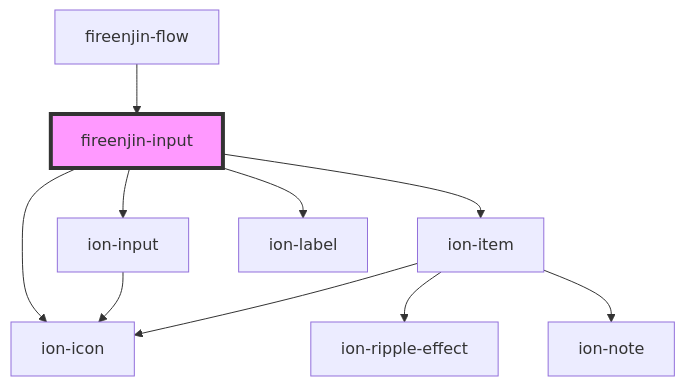
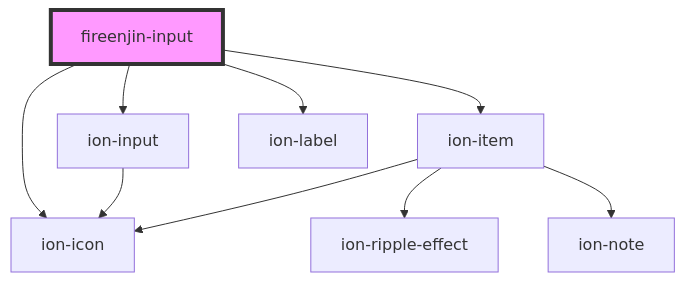
Before and after one commit to FireEnjin/Components: the diagram in src/components/input/readme.md, drawn with Mermaid. The commit also changed other lines of this file and 18 other files, not shown here.

````diff
--- a/src/components/input/readme.md
+++ b/src/components/input/readme.md
@@ -139,13 +135,12 @@
 ```mermaid
 graph TD;
   fireenjin-input --> ion-input
   fireenjin-input --> ion-item
   fireenjin-input --> ion-icon
   fireenjin-input --> ion-label
   ion-input --> ion-icon
   ion-item --> ion-icon
   ion-item --> ion-ripple-effect
   ion-item --> ion-note
-  fireenjin-flow --> fireenjin-input
   style fireenjin-input fill:#f9f,stroke:#333,stroke-width:4px
 ```
````
